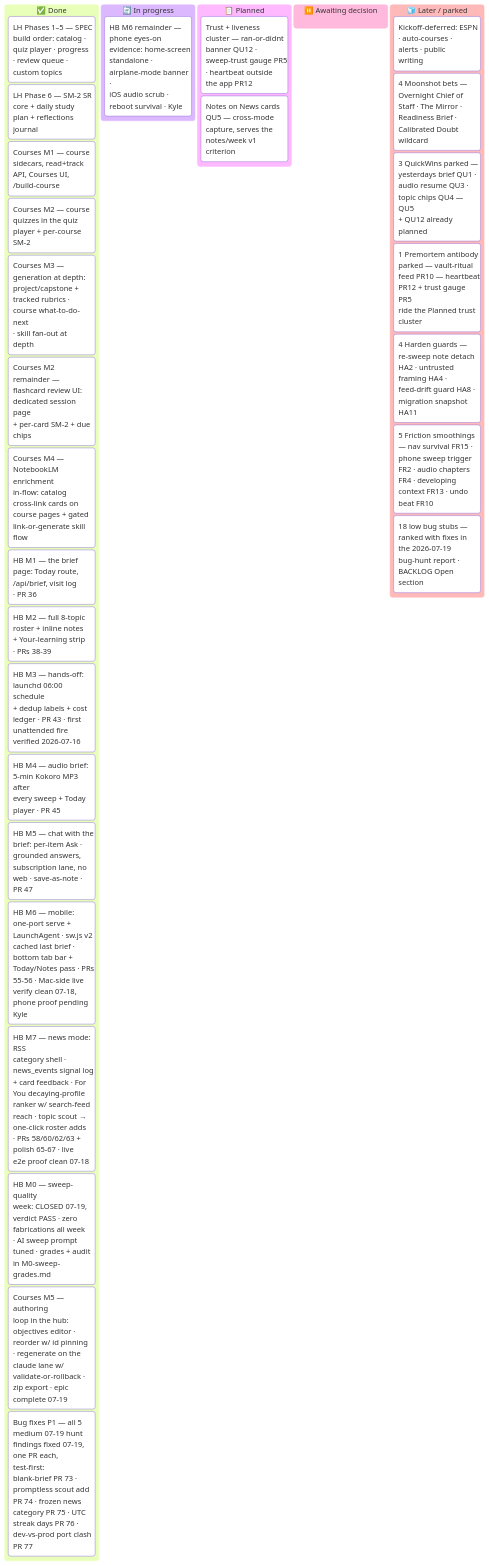
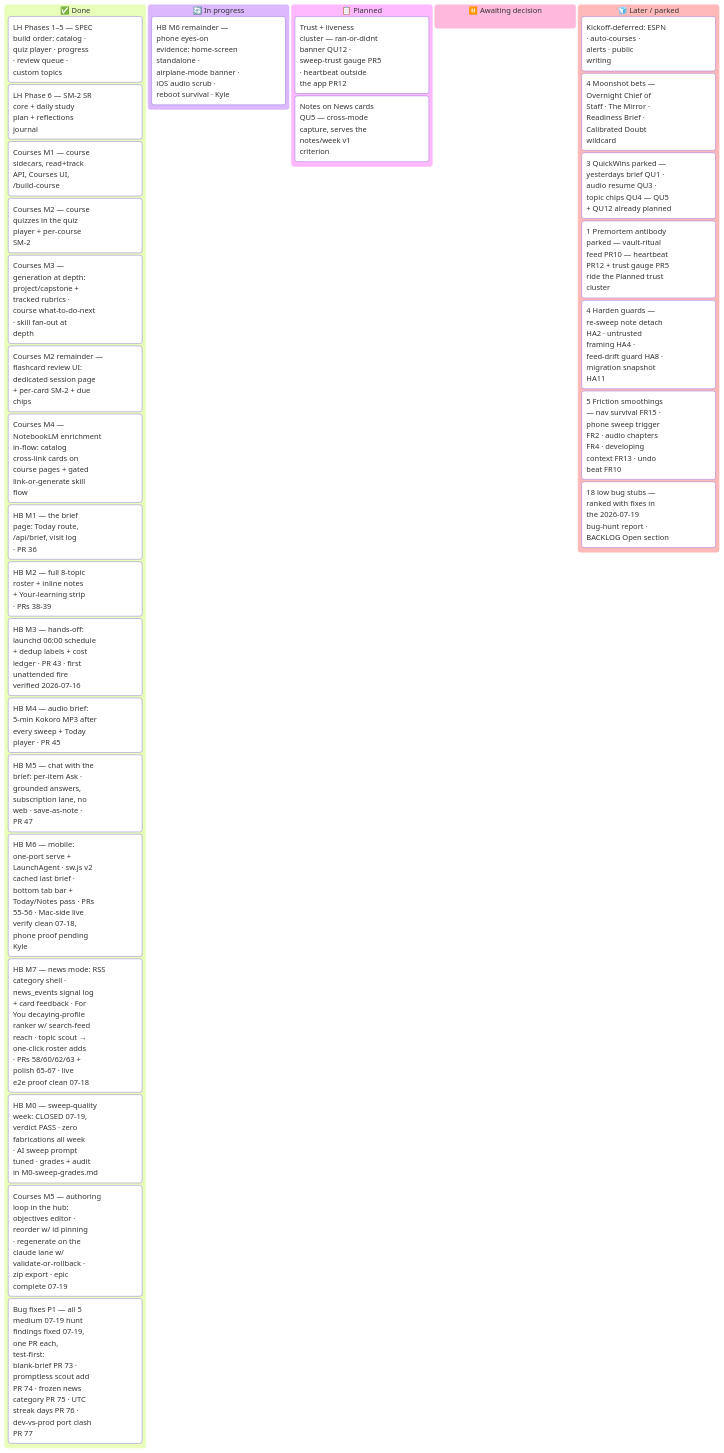
One commit to ksdisch/home-base changed the diagram in docs/MASTER_PLAN.md. Above: the diagram before and after it, drawn with Mermaid.

Commit message:
docs(master-plan): test kanban sectionWidth 300 frontmatter on GitHub

````diff
--- a/docs/MASTER_PLAN.md
+++ b/docs/MASTER_PLAN.md
@@ -42,35 +42,40 @@
 ```mermaid
+---
+config:
+  kanban:
+    sectionWidth: 300
+---
 kanban
   done["✅ Done"]
     lh15["LH Phases 1–5 — SPEC<br/>build order: catalog ·<br/>quiz player · progress<br/>· review queue ·<br/>custom topics"]
     lh6["LH Phase 6 — SM-2 SR<br/>core + daily study<br/>plan + reflections<br/>journal"]
     lh7["Courses M1 — course<br/>sidecars, read+track<br/>API, Courses UI,<br/>/build-course"]
     lh7m2["Courses M2 — course<br/>quizzes in the quiz<br/>player + per-course<br/>SM-2"]
     lh7m3["Courses M3 —<br/>generation at depth:<br/>project/capstone +<br/>tracked rubrics ·<br/>course what-to-do-next<br/>· skill fan-out at<br/>depth"]
     lh7fc["Courses M2 remainder —<br/>flashcard review UI:<br/>dedicated session page<br/>+ per-card SM-2 + due<br/>chips"]
     lh7m4["Courses M4 —<br/>NotebookLM enrichment<br/>in-flow: catalog<br/>cross-link cards on<br/>course pages + gated<br/>link-or-generate skill<br/>flow"]
     hbm1["HB M1 — the brief<br/>page: Today route,<br/>/api/brief, visit log<br/>· PR 36"]
     hbm2["HB M2 — full 8-topic<br/>roster + inline notes<br/>+ Your-learning strip<br/>· PRs 38-39"]
     hbm3["HB M3 — hands-off:<br/>launchd 06:00 schedule<br/>+ dedup labels + cost<br/>ledger · PR 43 · first<br/>unattended fire<br/>verified 2026-07-16"]
     hbm4["HB M4 — audio brief:<br/>5-min Kokoro MP3 after<br/>every sweep + Today<br/>player · PR 45"]
     hbm5["HB M5 — chat with the<br/>brief: per-item Ask ·<br/>grounded answers,<br/>subscription lane, no<br/>web · save-as-note ·<br/>PR 47"]
     hbm6["HB M6 — mobile:<br/>one-port serve +<br/>LaunchAgent · sw.js v2<br/>cached last brief ·<br/>bottom tab bar +<br/>Today/Notes pass · PRs<br/>55-56 · Mac-side live<br/>verify clean 07-18,<br/>phone proof pending<br/>Kyle"]
     hbm7["HB M7 — news mode: RSS<br/>category shell ·<br/>news_events signal log<br/>+ card feedback · For<br/>You decaying-profile<br/>ranker w/ search-feed<br/>reach · topic scout →<br/>one-click roster adds<br/>· PRs 58/60/62/63 +<br/>polish 65-67 · live<br/>e2e proof clean 07-18"]
     hbm0["HB M0 — sweep-quality<br/>week: CLOSED 07-19,<br/>verdict PASS · zero<br/>fabrications all week<br/>· AI sweep prompt<br/>tuned · grades + audit<br/>in M0-sweep-grades.md"]
     cm5["Courses M5 — authoring<br/>loop in the hub:<br/>objectives editor ·<br/>reorder w/ id pinning<br/>· regenerate on the<br/>claude lane w/<br/>validate-or-rollback ·<br/>zip export · epic<br/>complete 07-19"]
     bugp1["Bug fixes P1 — all 5<br/>medium 07-19 hunt<br/>findings fixed 07-19,<br/>one PR each,<br/>test-first:<br/>blank-brief PR 73 ·<br/>promptless scout add<br/>PR 74 · frozen news<br/>category PR 75 · UTC<br/>streak days PR 76 ·<br/>dev-vs-prod port clash<br/>PR 77"]
   doing["🔄 In progress"]
     hbm6proof["HB M6 remainder —<br/>phone eyes-on<br/>evidence: home-screen<br/>standalone ·<br/>airplane-mode banner ·<br/>iOS audio scrub ·<br/>reboot survival · Kyle"]
   next["📋 Planned"]
     trust["Trust + liveness<br/>cluster — ran-or-didnt<br/>banner QU12 ·<br/>sweep-trust gauge PR5<br/>· heartbeat outside<br/>the app PR12"]
     qnotes["Notes on News cards<br/>QU5 — cross-mode<br/>capture, serves the<br/>notes/week v1<br/>criterion"]
   decide["⏸️ Awaiting decision"]
   later["🧊 Later / parked"]
     defer["Kickoff-deferred: ESPN<br/>· auto-courses ·<br/>alerts · public<br/>writing"]
     moonshots["4 Moonshot bets —<br/>Overnight Chief of<br/>Staff · The Mirror ·<br/>Readiness Brief ·<br/>Calibrated Doubt<br/>wildcard"]
     quickwins["3 QuickWins parked —<br/>yesterdays brief QU1 ·<br/>audio resume QU3 ·<br/>topic chips QU4 — QU5<br/>+ QU12 already planned"]
     premortems["1 Premortem antibody<br/>parked — vault-ritual<br/>feed PR10 — heartbeat<br/>PR12 + trust gauge PR5<br/>ride the Planned trust<br/>cluster"]
     hardens["4 Harden guards —<br/>re-sweep note detach<br/>HA2 · untrusted<br/>framing HA4 ·<br/>feed-drift guard HA8 ·<br/>migration snapshot<br/>HA11"]
     frictions["5 Friction smoothings<br/>— nav survival FR15 ·<br/>phone sweep trigger<br/>FR2 · audio chapters<br/>FR4 · developing<br/>context FR13 · undo<br/>beat FR10"]
     buglows["18 low bug stubs —<br/>ranked with fixes in<br/>the 2026-07-19<br/>bug-hunt report ·<br/>BACKLOG Open section"]
 ```
````
